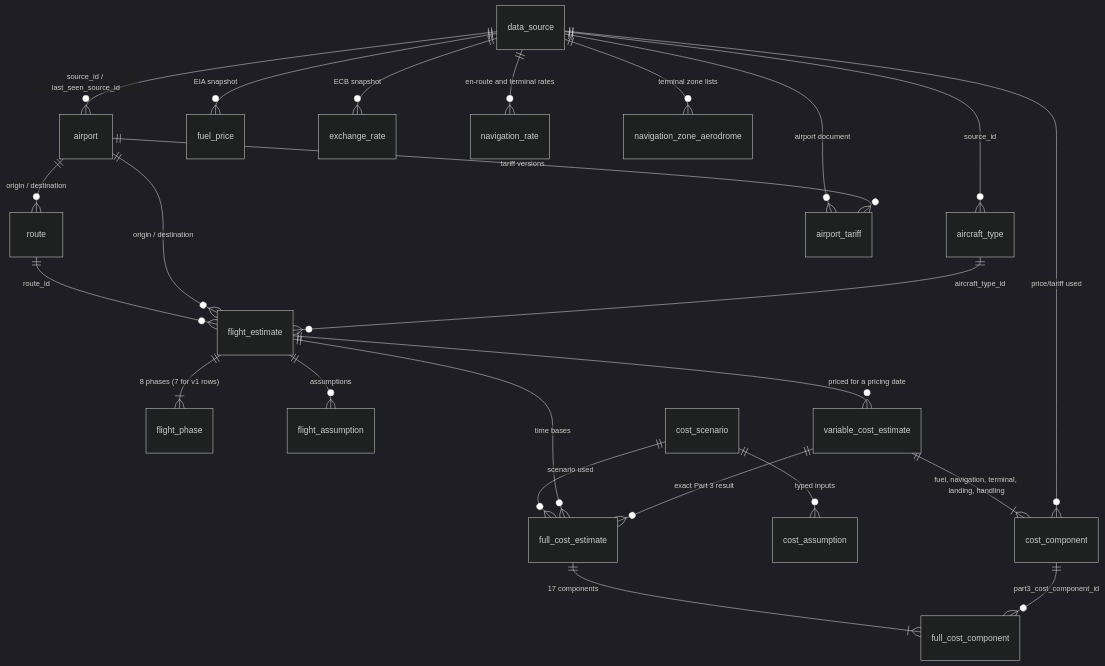
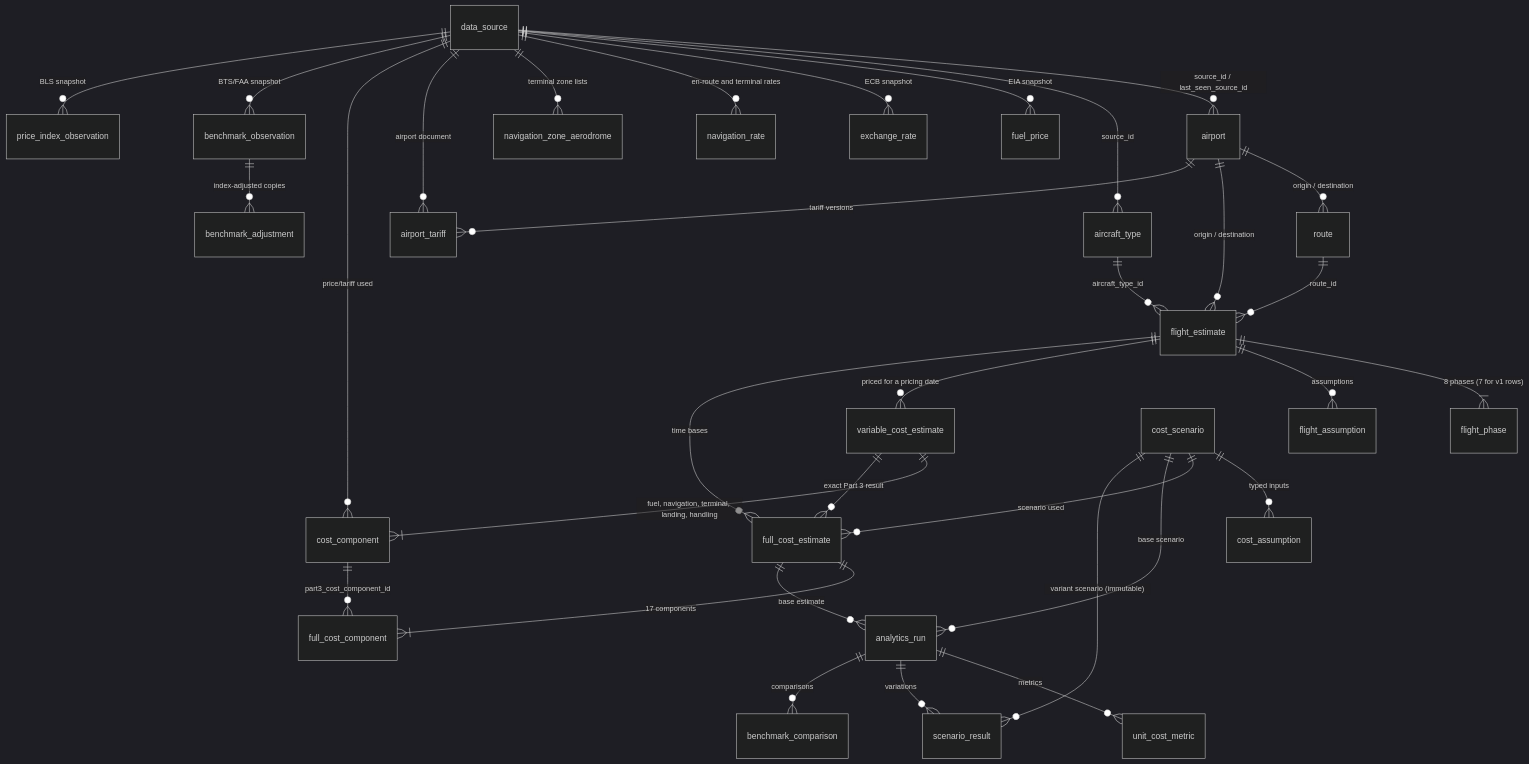
One commit to rishitank1805/aircraft-cost-model changed the second of 5 diagrams in docs/architecture.md. Above: the diagram before and after it, drawn with Mermaid (dark theme). The commit also changed other lines of this file and 63 other files, not shown here.

First line of the commit message:
Part 5: analytics, scenario analysis, benchmarking and validation

````diff
--- a/docs/architecture.md
+++ b/docs/architecture.md
@@ -154,26 +156,35 @@
 ```mermaid
 erDiagram
     data_source ||--o{ airport : "source_id / last_seen_source_id"
     data_source ||--o{ aircraft_type : "source_id"
     airport ||--o{ route : "origin / destination"
     route ||--o{ flight_estimate : "route_id"
     airport ||--o{ flight_estimate : "origin / destination"
     aircraft_type ||--o{ flight_estimate : "aircraft_type_id"
     flight_estimate ||--|{ flight_phase : "8 phases (7 for v1 rows)"
     flight_estimate ||--o{ flight_assumption : "assumptions"
     flight_estimate ||--o{ variable_cost_estimate : "priced for a pricing date"
     variable_cost_estimate ||--|{ cost_component : "fuel, navigation, terminal, landing, handling"
     data_source ||--o{ fuel_price : "EIA snapshot"
     data_source ||--o{ exchange_rate : "ECB snapshot"
     data_source ||--o{ navigation_rate : "en-route and terminal rates"
     data_source ||--o{ navigation_zone_aerodrome : "terminal zone lists"
     data_source ||--o{ airport_tariff : "airport document"
     airport ||--o{ airport_tariff : "tariff versions"
     data_source ||--o{ cost_component : "price/tariff used"
     cost_scenario ||--o{ cost_assumption : "typed inputs"
     cost_scenario ||--o{ full_cost_estimate : "scenario used"
     flight_estimate ||--o{ full_cost_estimate : "time bases"
     variable_cost_estimate ||--o{ full_cost_estimate : "exact Part 3 result"
     full_cost_estimate ||--|{ full_cost_component : "17 components"
     cost_component ||--o{ full_cost_component : "part3_cost_component_id"
+    full_cost_estimate ||--o{ analytics_run : "base estimate"
+    cost_scenario ||--o{ analytics_run : "base scenario"
+    analytics_run ||--o{ unit_cost_metric : "metrics"
+    analytics_run ||--o{ scenario_result : "variations"
+    cost_scenario ||--o{ scenario_result : "variant scenario (immutable)"
+    analytics_run ||--o{ benchmark_comparison : "comparisons"
+    data_source ||--o{ benchmark_observation : "BTS/FAA snapshot"
+    benchmark_observation ||--o{ benchmark_adjustment : "index-adjusted copies"
+    data_source ||--o{ price_index_observation : "BLS snapshot"
 ```
````
